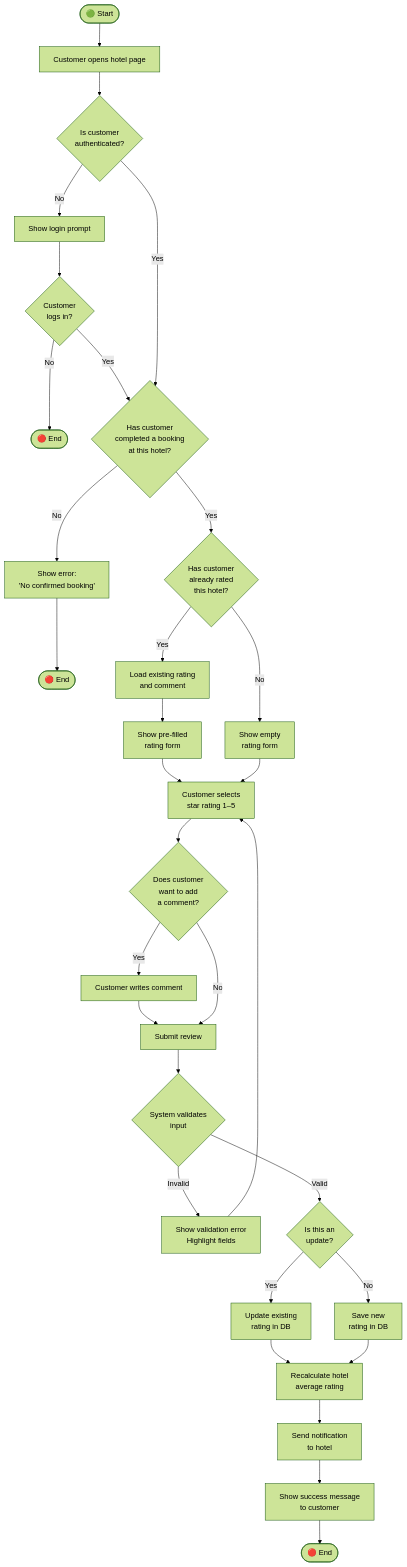
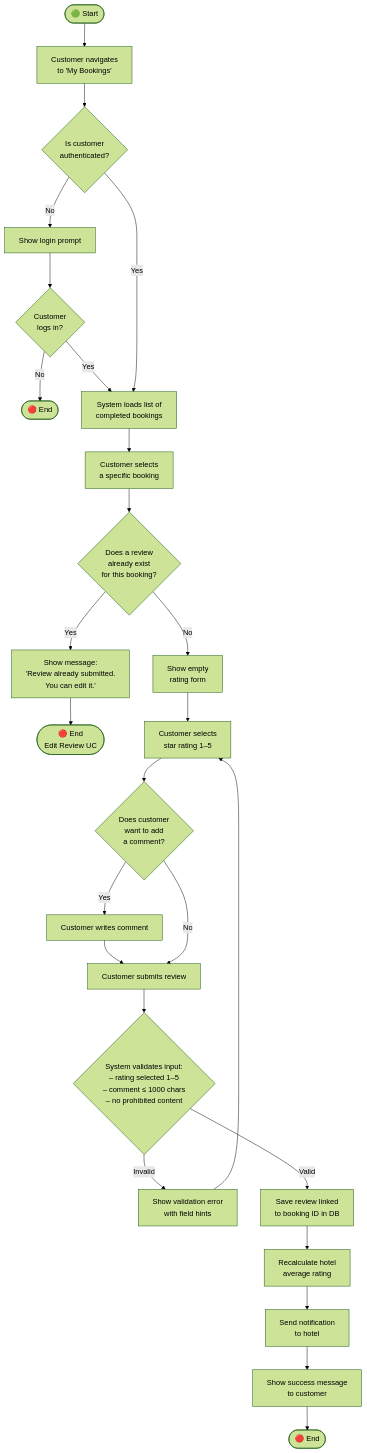
Before and after one commit to mate-academy/ba-travelmate-booking-request: the diagram in docs/hotel_feedback_activity_diagram.md, drawn with Mermaid (forest theme). The commit also changed other lines of this file, not shown here.

Commit message:
Diagram update

````diff
--- a/docs/hotel_feedback_activity_diagram.md
+++ b/docs/hotel_feedback_activity_diagram.md
@@ -10,50 +10,42 @@
 ```mermaid
 flowchart TD
-    Start([🟢 Start]) --> A[Customer opens hotel page]
+    Start([🟢 Start]) --> A[Customer navigates\nto 'My Bookings']
 
     A --> B{Is customer\nauthenticated?}
 
     B -- No --> C[Show login prompt]
     C --> D{Customer\nlogs in?}
     D -- No --> End1([🔴 End])
     D -- Yes --> E
 
-    B -- Yes --> E{Has customer\ncompleted a booking\nat this hotel?}
+    B -- Yes --> E[System loads list of\ncompleted bookings]
 
-    E -- No --> F[Show error:\n'No confirmed booking']
-    F --> End2([🔴 End])
+    E --> F[Customer selects\na specific booking]
 
-    E -- Yes --> G{Has customer\nalready rated\nthis hotel?}
+    F --> G{Does a review\nalready exist\nfor this booking?}
 
-    G -- Yes --> H[Load existing rating\nand comment]
-    H --> I[Show pre-filled\nrating form]
+    G -- Yes --> H[Show message:\n'Review already submitted.\nYou can edit it.']
+    H --> End2([🔴 End\nEdit Review UC])
 
-    G -- No --> I2[Show empty\nrating form]
+    G -- No --> I[Show empty\nrating form]
 
-    I --> J
-    I2 --> J
+    I --> J[Customer selects\nstar rating 1–5]
 
-    J[Customer selects\nstar rating 1–5] --> K{Does customer\nwant to add\na comment?}
+    J --> K{Does customer\nwant to add\na comment?}
 
     K -- Yes --> L[Customer writes comment]
-    L --> M[Submit review]
-
+    L --> M[Customer submits review]
     K -- No --> M
 
-    M --> N{System validates\ninput}
+    M --> N{System validates input:\n– rating selected 1–5\n– comment ≤ 1000 chars\n– no prohibited content}
 
-    N -- Invalid --> O[Show validation error\nHighlight fields]
+    N -- Invalid --> O[Show validation error\nwith field hints]
     O --> J
 
-    N -- Valid --> P{Is this an\nupdate?}
+    N -- Valid --> P[Save review linked\nto booking ID in DB]
 
-    P -- Yes --> Q[Update existing\nrating in DB]
-    P -- No --> R[Save new\nrating in DB]
-
-    Q --> S[Recalculate hotel\naverage rating]
-    R --> S
-
-    S --> T[Send notification\nto hotel]
-    T --> U[Show success message\nto customer]
-    U --> End3([🔴 End])
+    P --> Q[Recalculate hotel\naverage rating]
+    Q --> R[Send notification\nto hotel]
+    R --> S[Show success message\nto customer]
+    S --> End3([🔴 End])
 ```
````
